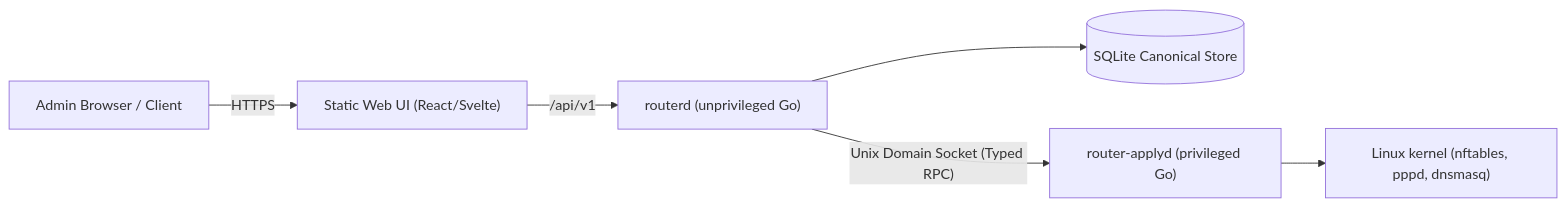
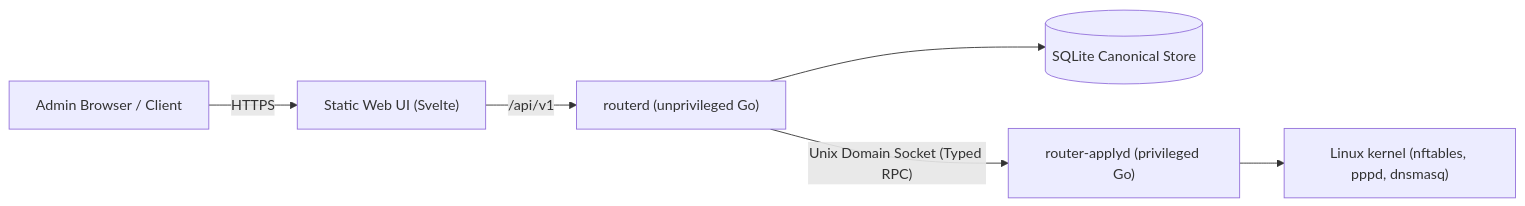
Before and after one commit to vladimirperovic/minimalrouter: the diagram in implementation_plan.md, drawn with Mermaid. The commit also changed other lines of this file, not shown here.

Commit message:
docs: update implementation_plan.md to consistently reference Svelte UI per ADR-0002

````diff
--- a/implementation_plan.md
+++ b/implementation_plan.md
@@ -10,15 +10,15 @@
 ```mermaid
 flowchart LR
     Browser["Admin Browser / Client"]
-    UI["Static Web UI (React/Svelte)"]
+    UI["Static Web UI (Svelte)"]
     API["routerd (unprivileged Go)"]
     DB[("SQLite Canonical Store")]
     Apply["router-applyd (privileged Go)"]
     Linux["Linux kernel (nftables, pppd, dnsmasq)"]
 
     Browser -->|HTTPS| UI
     UI -->|/api/v1| API
     API --> DB
     API -->|"Unix Domain Socket (Typed RPC)"| Apply
     Apply --> Linux
 ```
````
